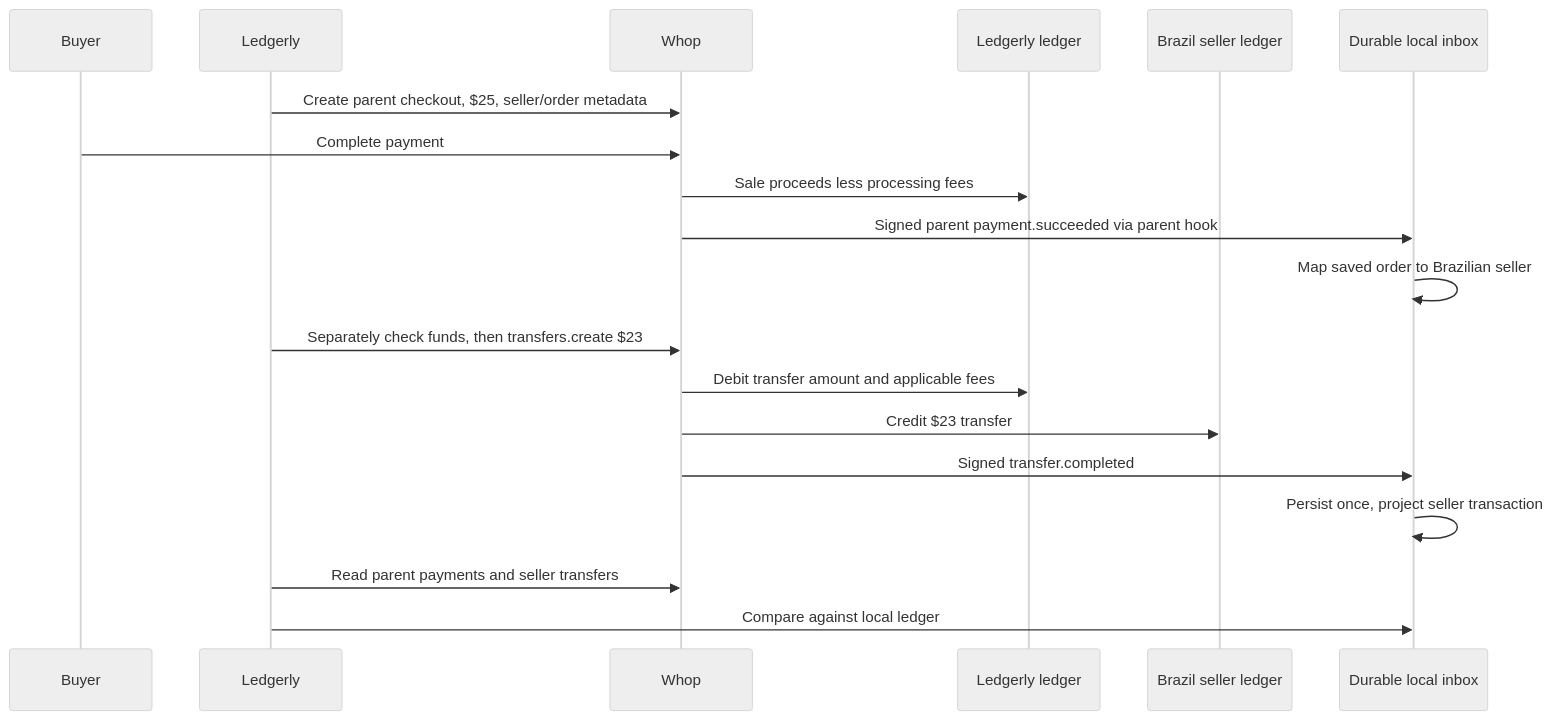
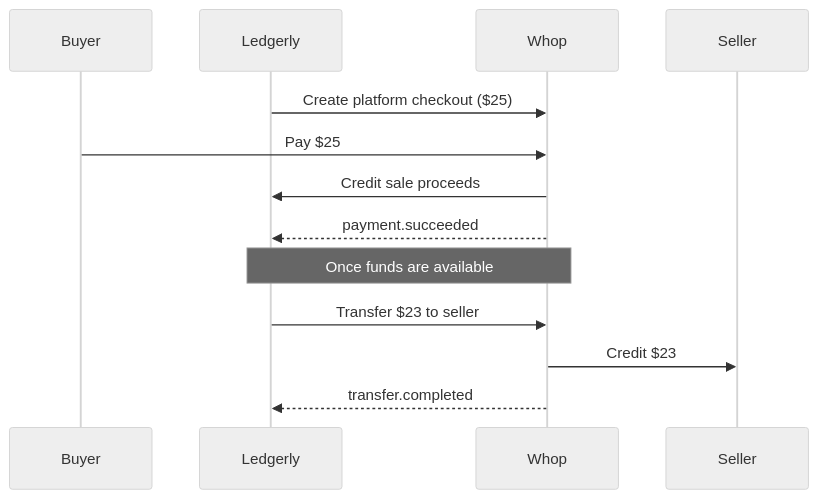
One commit to maximilianjz/Max-Ledgerly changed the second of 2 diagrams in README.md. Above: the diagram before and after it, drawn with Mermaid (neutral theme). The commit also changed other lines of this file and 45 other files, not shown here.

````diff
--- a/README.md
+++ b/README.md
@@ -242,21 +65,16 @@
 ```mermaid
 sequenceDiagram
     participant Buyer
     participant Ledgerly
     participant Whop
-    participant Platform as Ledgerly ledger
-    participant Seller as Brazil seller ledger
-    participant Inbox as Durable local inbox
-    Ledgerly->>Whop: Create parent checkout, $25, seller/order metadata
-    Buyer->>Whop: Complete payment
-    Whop->>Platform: Sale proceeds less processing fees
-    Whop->>Inbox: Signed parent payment.succeeded via parent hook
-    Inbox->>Inbox: Map saved order to Brazilian seller
-    Ledgerly->>Whop: Separately check funds, then transfers.create $23
-    Whop->>Platform: Debit transfer amount and applicable fees
-    Whop->>Seller: Credit $23 transfer
-    Whop->>Inbox: Signed transfer.completed
-    Inbox->>Inbox: Persist once, project seller transaction
-    Ledgerly->>Whop: Read parent payments and seller transfers
-    Ledgerly->>Inbox: Compare against local ledger
+    participant Seller
+
+    Ledgerly->>Whop: Create platform checkout ($25)
+    Buyer->>Whop: Pay $25
+    Whop->>Ledgerly: Credit sale proceeds
+    Whop-->>Ledgerly: payment.succeeded
+    Note over Ledgerly,Whop: Once funds are available
+    Ledgerly->>Whop: Transfer $23 to seller
+    Whop->>Seller: Credit $23
+    Whop-->>Ledgerly: transfer.completed
 ```
````
